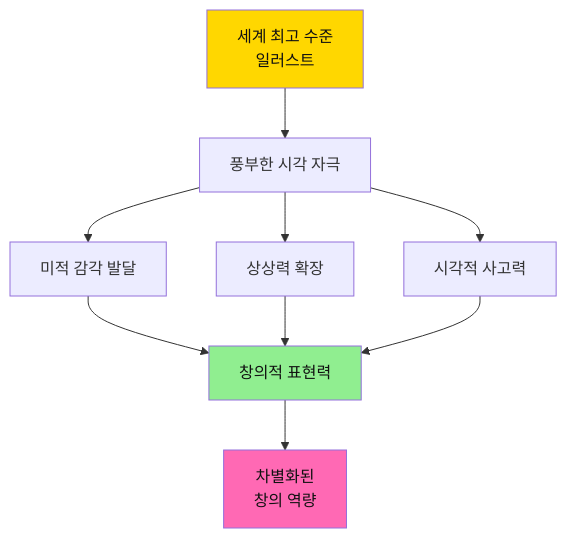
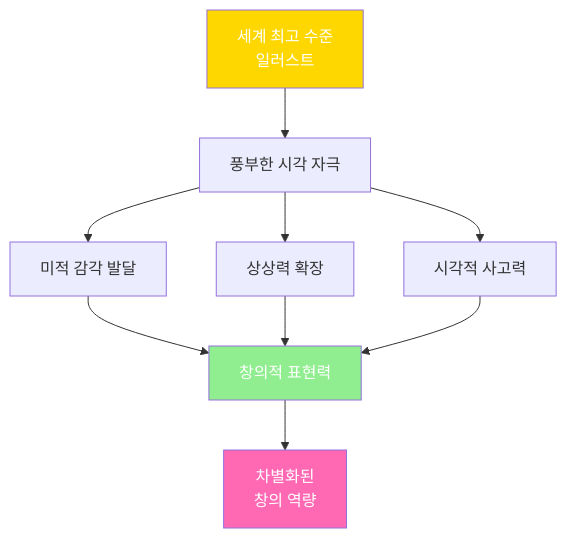
One commit to Collegenie-X/froebel changed the first of 34 diagrams in 3단계_프뢰벨_FAQ_핵심가치.md. Above: the diagram before and after it, drawn with Mermaid. The commit also changed other lines of this file and 4 other files, not shown here.

````diff
--- a/3단계_프뢰벨_FAQ_핵심가치.md
+++ b/3단계_프뢰벨_FAQ_핵심가치.md
@@ -16,17 +16,17 @@
 ```mermaid
 graph TD
     A[세계 최고 수준<br/>일러스트] --> B[풍부한 시각 자극]
     B --> C[미적 감각 발달]
     B --> D[상상력 확장]
     B --> E[시각적 사고력]
     
     C --> F[디자인 감각]
     D --> F[창의적 표현력]
     E --> F
     
     F --> G[차별화된<br/>창의 역량]
     
-    style A fill:#FFD700,color:#111
-    style F fill:#90EE90,color:#111
-    style G fill:#FF69B4,color:#111
+    style A fill:#FFD700,color:#fff
+    style F fill:#90EE90,color:#fff
+    style G fill:#FF69B4,color:#fff
 ```
````
